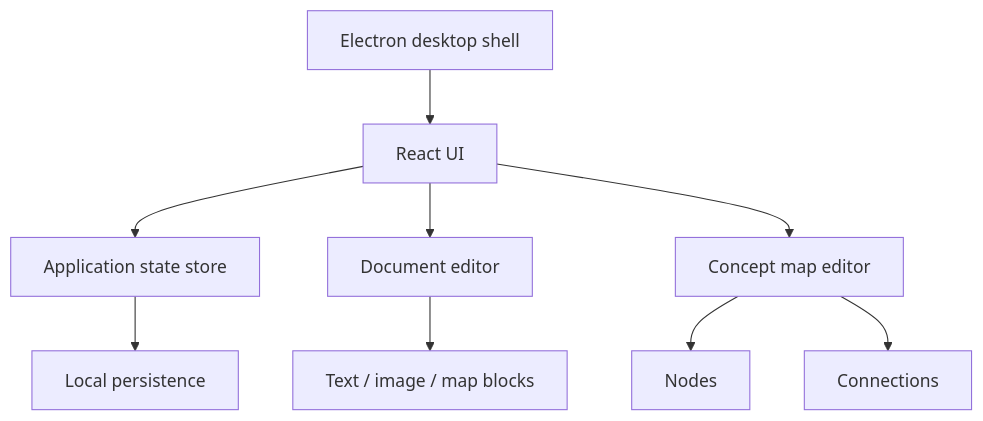
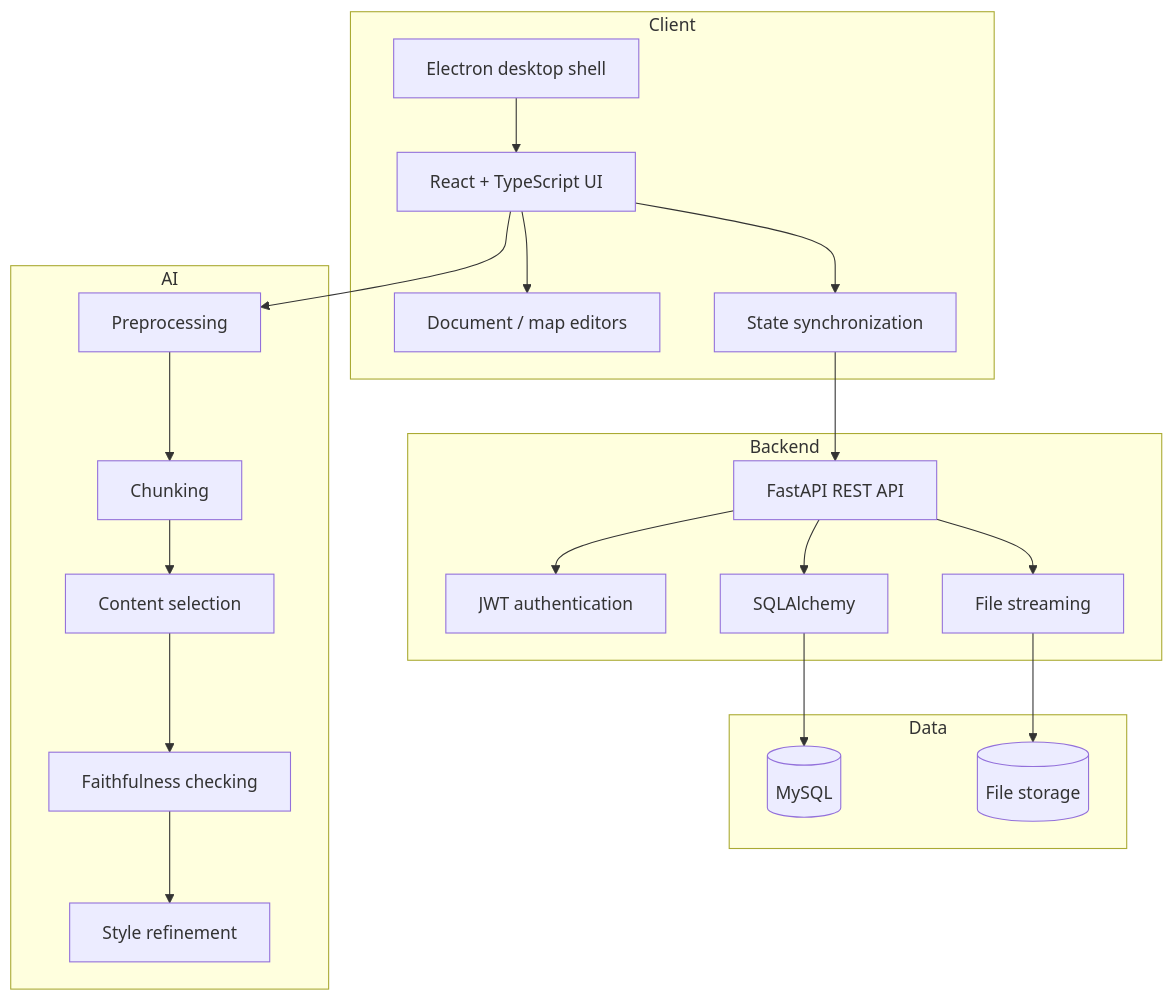
Before and after one commit to Gianmarco-03/nexo-note: the diagram in docs/ARCHITECTURE.md, drawn with Mermaid. The commit also changed other lines of this file, not shown here.

Commit message:
Document full-stack and AI architecture

````diff
--- a/docs/ARCHITECTURE.md
+++ b/docs/ARCHITECTURE.md
@@ -5,18 +7,46 @@
 ```mermaid
 flowchart TB
-  Electron[Electron desktop shell]
-  React[React UI]
-  Store[Application state store]
-  Docs[Document editor]
-  Maps[Concept map editor]
-  Persistence[Local persistence]
+  subgraph Client
+    Electron[Electron desktop shell]
+    React[React + TypeScript UI]
+    Editor[Document / map editors]
+    Sync[State synchronization]
+  end
+
+  subgraph Backend
+    FastAPI[FastAPI REST API]
+    Auth[JWT authentication]
+    ORM[SQLAlchemy]
+    Files[File streaming]
+  end
+
+  subgraph Data
+    MySQL[(MySQL)]
+    Storage[(File storage)]
+  end
+
+  subgraph AI
+    Pre[Preprocessing]
+    Chunk[Chunking]
+    Select[Content selection]
+    Faith[Faithfulness checking]
+    Style[Style refinement]
+  end
 
   Electron --> React
-  React --> Store
-  React --> Docs
-  React --> Maps
-  Store --> Persistence
-  Maps --> Nodes[Nodes]
-  Maps --> Links[Connections]
-  Docs --> Blocks[Text / image / map blocks]
+  React --> Editor
+  React --> Sync
+  Sync --> FastAPI
+
+  FastAPI --> Auth
+  FastAPI --> ORM
+  FastAPI --> Files
+  ORM --> MySQL
+  Files --> Storage
+
+  React --> Pre
+  Pre --> Chunk
+  Chunk --> Select
+  Select --> Faith
+  Faith --> Style
 ```
````
